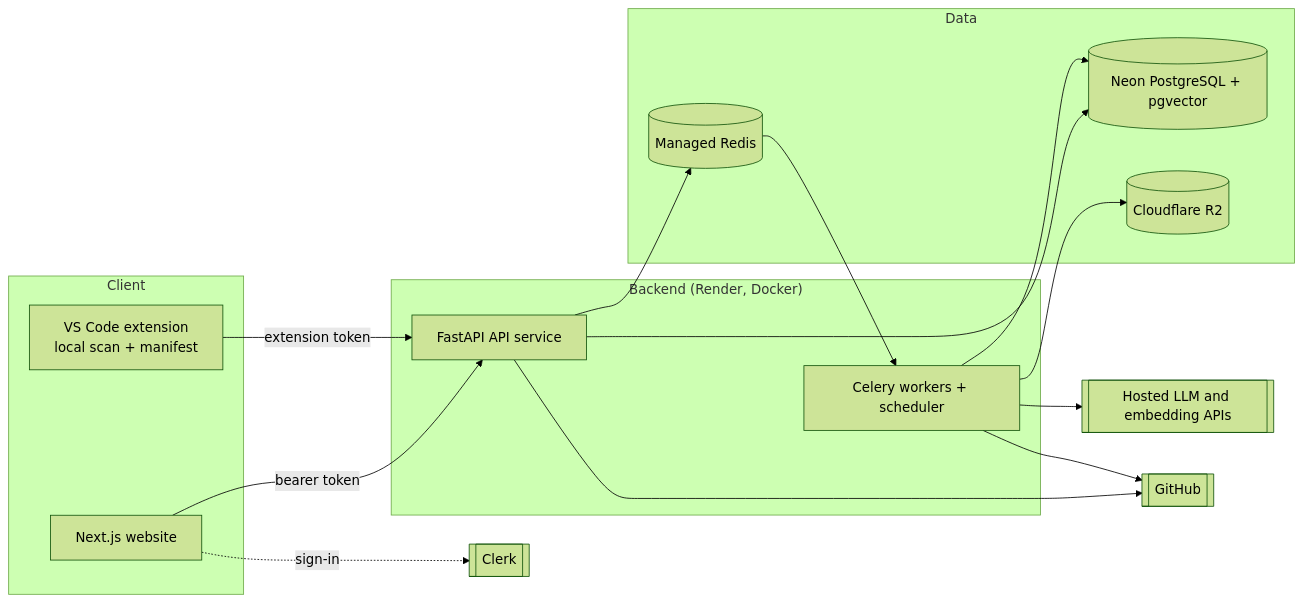
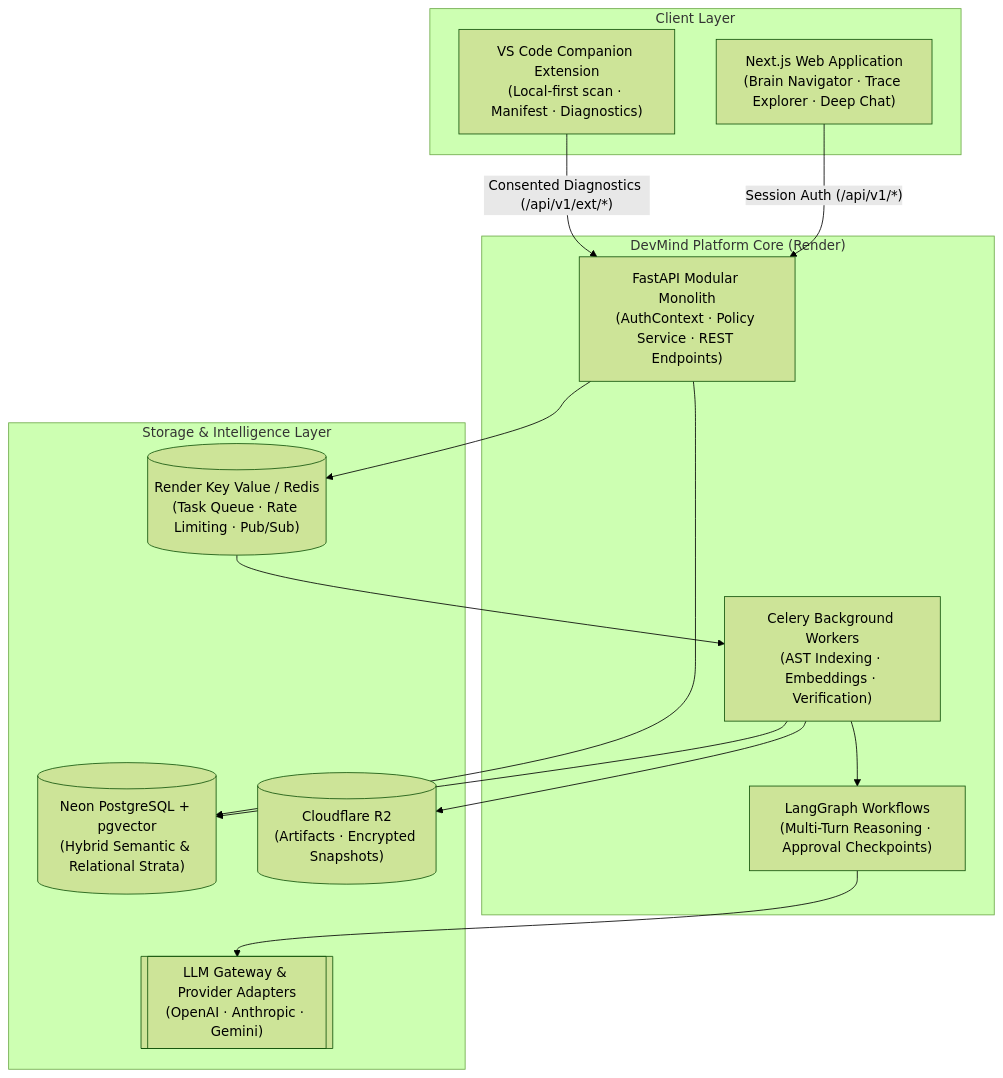
Before and after one commit to Warish-Labs/DevMind: the diagram in README.md, drawn with Mermaid (forest theme). The commit also changed other lines of this file and 1 other file, not shown here.

Commit message:
docs(repo): modernize root and client READMEs with brand assets and architecture

````diff
--- a/README.md
+++ b/README.md
@@ -57,30 +51,30 @@
 ```mermaid
-flowchart LR
-  subgraph Client
-    EXT[VS Code extension<br/>local scan + manifest]
-    WEB[Next.js website]
+flowchart TD
+  subgraph ClientEnv["Client Layer"]
+    EXT["VS Code Companion Extension<br/>(Local-first scan · Manifest · Diagnostics)"]
+    WEB["Next.js Web Application<br/>(Brain Navigator · Trace Explorer · Deep Chat)"]
   end
-  subgraph Backend["Backend (Render, Docker)"]
-    API[FastAPI API service]
-    WRK[Celery workers + scheduler]
+
+  subgraph CloudPlatform["DevMind Platform Core (Render)"]
+    API["FastAPI Modular Monolith<br/>(AuthContext · Policy Service · REST Endpoints)"]
+    ORCH["LangGraph Workflows<br/>(Multi-Turn Reasoning · Approval Checkpoints)"]
+    WRK["Celery Background Workers<br/>(AST Indexing · Embeddings · Verification)"]
   end
-  subgraph Data
-    PG[("Neon PostgreSQL + pgvector")]
-    RQ[("Managed Redis")]
-    R2[("Cloudflare R2")]
+
+  subgraph DataLayer["Storage & Intelligence Layer"]
+    PG[("Neon PostgreSQL + pgvector<br/>(Hybrid Semantic & Relational Strata)")]
+    REDIS[("Render Key Value / Redis<br/>(Task Queue · Rate Limiting · Pub/Sub)")]
+    R2[("Cloudflare R2<br/>(Artifacts · Encrypted Snapshots)")]
+    LLM[["LLM Gateway & Provider Adapters<br/>(OpenAI · Anthropic · Gemini)"]]
   end
-  LLM[["Hosted LLM and embedding APIs"]]
-  GH[["GitHub"]]
-  CK[["Clerk"]]
-  WEB -- bearer token --> API
-  EXT -- extension token --> API
-  WEB -. sign-in .-> CK
+
+  EXT -- "Consented Diagnostics (/api/v1/ext/*)" --> API
+  WEB -- "Session Auth (/api/v1/*)" --> API
   API --> PG
-  API --> RQ
-  RQ --> WRK
+  API --> REDIS
+  REDIS --> WRK
   WRK --> PG
   WRK --> R2
-  WRK --> LLM
-  API --> GH
-  WRK --> GH
+  WRK --> ORCH
+  ORCH --> LLM
 ```
````
